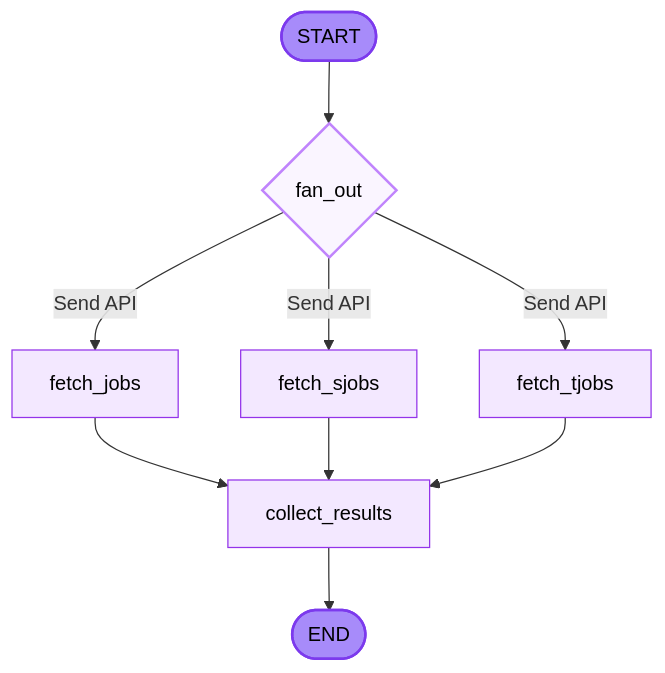
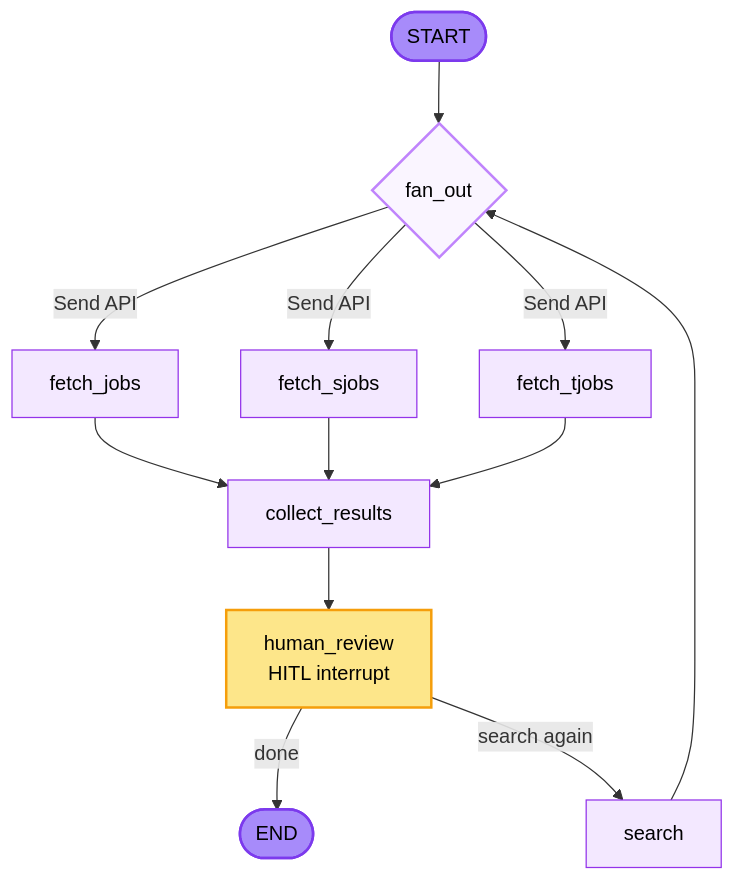
Before and after one commit to tsouk88/job-search-agent: the diagram in README.md, drawn with Mermaid. The commit also changed other lines of this file, not shown here.

Commit message:
docs: add HITL, memory, PostgreSQL, new endpoints

````diff
--- a/README.md
+++ b/README.md
@@ -28,22 +32,29 @@
 ```mermaid
 flowchart TD
     START([START]) --> fan_out{fan_out}
     
     fan_out -->|Send API| fetch_jobs[fetch_jobs]
     fan_out -->|Send API| fetch_sjobs[fetch_sjobs]
     fan_out -->|Send API| fetch_tjobs[fetch_tjobs]
     
     fetch_jobs --> collect_results[collect_results]
     fetch_sjobs --> collect_results
     fetch_tjobs --> collect_results
     
-    collect_results --> END([END])
+    collect_results --> human_review[human_review\nHITL interrupt]
+    
+    human_review -->|done| END([END])
+    human_review -->|search again| search[search]
+    
+    search --> fan_out
 
     classDef startEnd fill:#a78bfa,stroke:#7c3aed,stroke-width:2px,color:#000;
     classDef nodeStyle fill:#f3e8ff,stroke:#9333ea,stroke-width:1px,color:#000;
     classDef condStyle fill:#faf5ff,stroke:#c084fc,stroke-width:2px,color:#000;
+    classDef hitl fill:#fde68a,stroke:#f59e0b,stroke-width:2px,color:#000;
     
     class START,END startEnd;
-    class fetch_jobs,fetch_sjobs,fetch_tjobs,collect_results nodeStyle;
+    class fetch_jobs,fetch_sjobs,fetch_tjobs,collect_results,search nodeStyle;
     class fan_out condStyle;
+    class human_review hitl;
 ```
````
